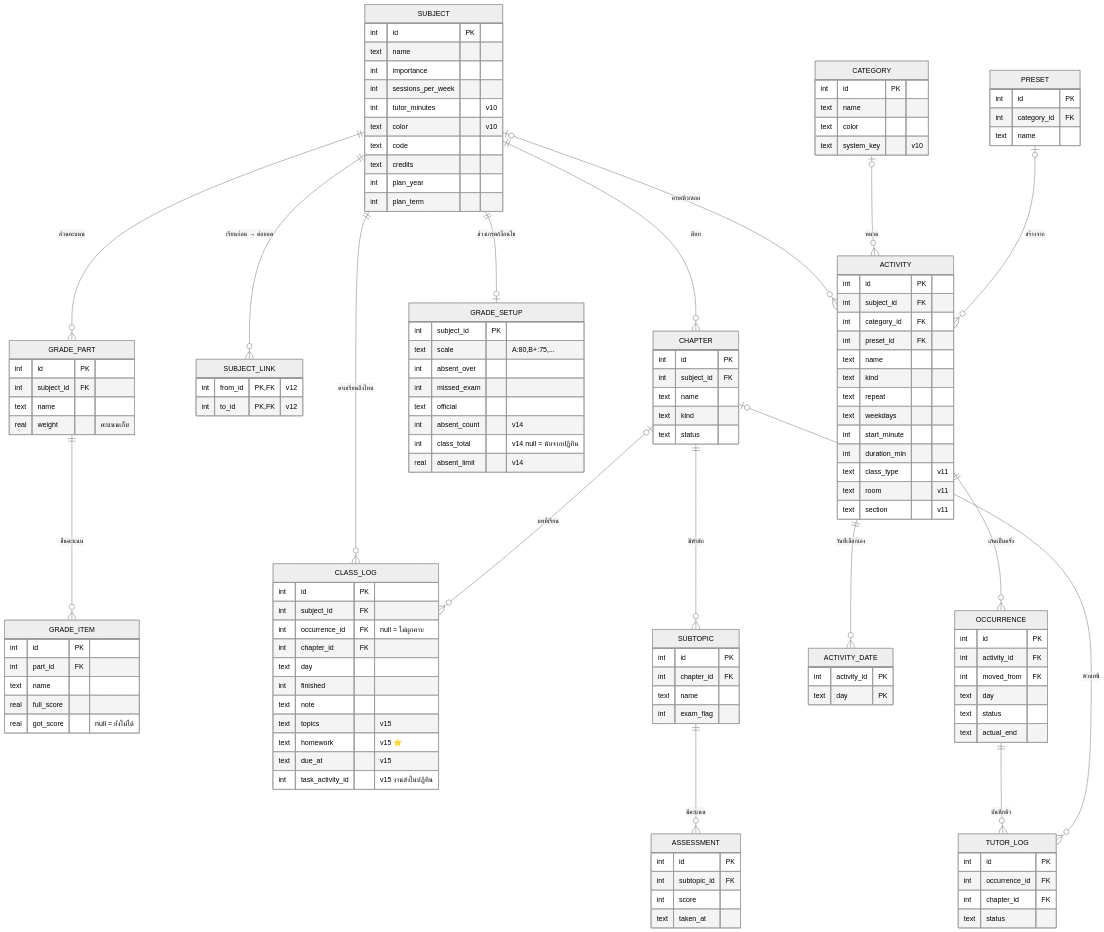
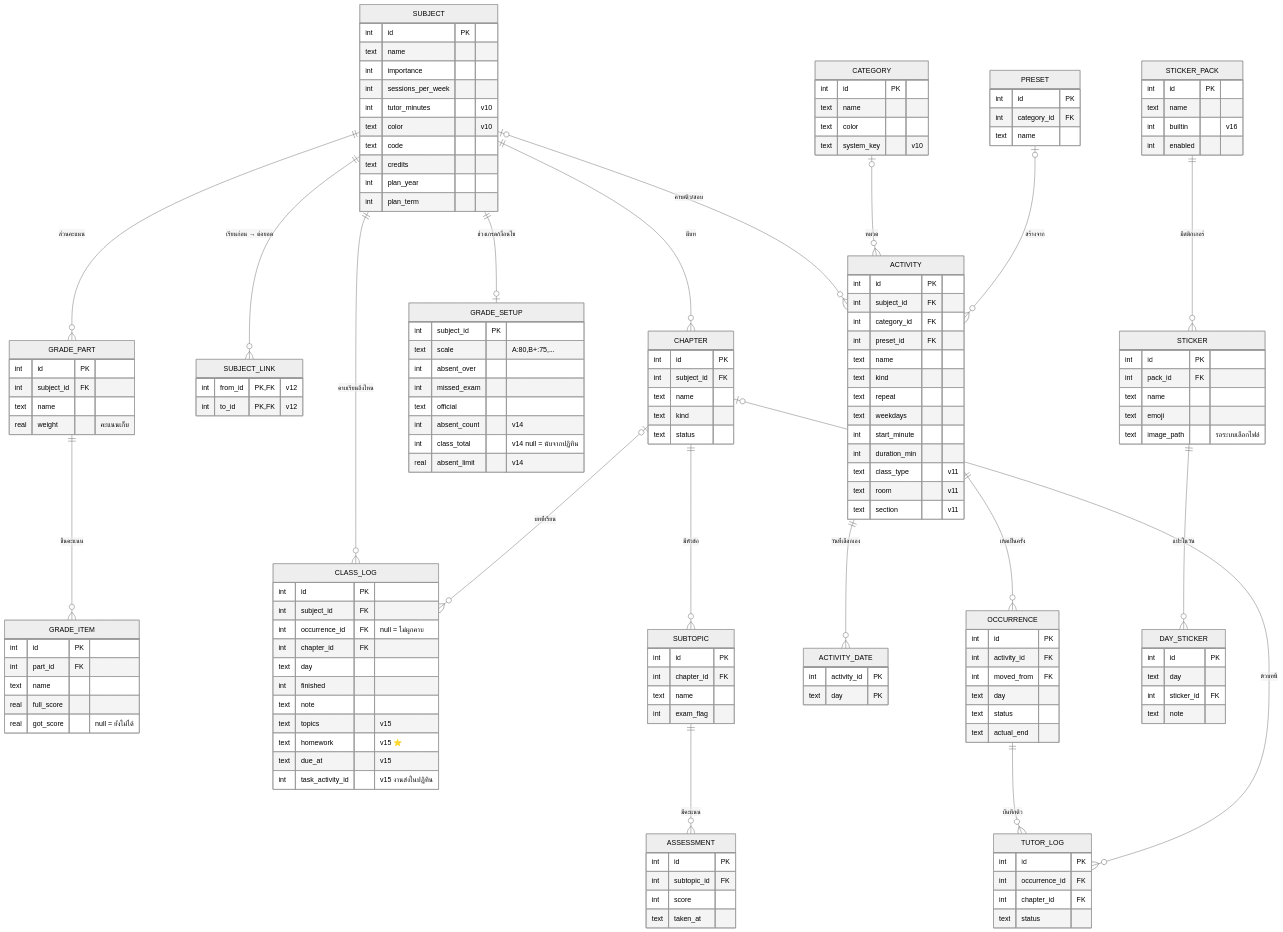
One commit to Blue-sky213/Manager-App changed the diagram in docs/diagrams/er.mmd. Above: the diagram before and after it, drawn with Mermaid (neutral theme). The commit also changed 12 other files, not shown here.

First line of the commit message:
Mood stickers with packs and single custom stickers (schema v16)

```diff
--- a/docs/diagrams/er.mmd
+++ b/docs/diagrams/er.mmd
@@ -1,132 +1,153 @@
 erDiagram
   SUBJECT ||--o{ CHAPTER : "มีบท"
   SUBJECT ||--o{ SUBJECT_LINK : "เรียนก่อน → ต่อยอด"
   SUBJECT ||--o{ GRADE_PART : "ส่วนคะแนน"
   GRADE_PART ||--o{ GRADE_ITEM : "ชิ้นคะแนน"
   SUBJECT ||--o| GRADE_SETUP : "ช่วงเกรด/เงื่อนไข"
   SUBJECT ||--o{ CLASS_LOG : "คาบเรียนถึงไหน"
   CHAPTER |o--o{ CLASS_LOG : "บทที่เรียน"
   CHAPTER ||--o{ SUBTOPIC : "มีหัวข้อ"
   SUBTOPIC ||--o{ ASSESSMENT : "มีคะแนน"
   SUBJECT |o--o{ ACTIVITY : "คาบ/ติว/สอบ"
   CATEGORY |o--o{ ACTIVITY : "หมวด"
   PRESET |o--o{ ACTIVITY : "สร้างจาก"
   ACTIVITY ||--o{ ACTIVITY_DATE : "วันที่เลือกเอง"
   ACTIVITY ||--o{ OCCURRENCE : "เกิดเป็นครั้ง"
   OCCURRENCE ||--o{ TUTOR_LOG : "บันทึกติว"
+  STICKER_PACK ||--o{ STICKER : "มีสติกเกอร์"
+  STICKER ||--o{ DAY_STICKER : "แปะในวัน"
   CHAPTER |o--o{ TUTOR_LOG : "ติวบทนี้"
   SUBJECT {
     int id PK
     text name
     int importance
     int sessions_per_week
     int tutor_minutes "v10"
     text color "v10"
     text code
     text credits
     int plan_year
     int plan_term
   }
   GRADE_PART {
     int id PK
     int subject_id FK
     text name
     real weight "คะแนนเก็บ"
   }
   GRADE_ITEM {
     int id PK
     int part_id FK
     text name
     real full_score
     real got_score "null = ยังไม่ได้"
   }
   GRADE_SETUP {
     int subject_id PK
     text scale "A:80,B+:75,..."
     int absent_over
     int missed_exam
     text official
     int absent_count "v14"
     int class_total "v14 null = นับจากปฏิทิน"
     real absent_limit "v14"
   }
   CLASS_LOG {
     int id PK
     int subject_id FK
     int occurrence_id FK "null = ไม่ผูกคาบ"
     int chapter_id FK
     text day
     int finished
     text note
     text topics "v15"
     text homework "v15 ⭐"
     text due_at "v15"
     int task_activity_id "v15 งานส่งในปฏิทิน"
   }
   SUBJECT_LINK {
     int from_id PK,FK "v12"
     int to_id PK,FK "v12"
   }
   CHAPTER {
     int id PK
     int subject_id FK
     text name
     text kind
     text status
   }
   SUBTOPIC {
     int id PK
     int chapter_id FK
     text name
     int exam_flag
   }
   ASSESSMENT {
     int id PK
     int subtopic_id FK
     int score
     text taken_at
   }
   CATEGORY {
     int id PK
     text name
     text color
     text system_key "v10"
   }
   PRESET {
     int id PK
     int category_id FK
     text name
   }
   ACTIVITY {
     int id PK
     int subject_id FK
     int category_id FK
     int preset_id FK
     text name
     text kind
     text repeat
     text weekdays
     int start_minute
     int duration_min
     text class_type "v11"
     text room "v11"
     text section "v11"
   }
   ACTIVITY_DATE {
     int activity_id PK
     text day PK
   }
   OCCURRENCE {
     int id PK
     int activity_id FK
     int moved_from FK
     text day
     text status
     text actual_end
   }
   TUTOR_LOG {
     int id PK
     int occurrence_id FK
     int chapter_id FK
     text status
   }
+  STICKER_PACK {
+    int id PK
+    text name
+    int builtin "v16"
+    int enabled
+  }
+  STICKER {
+    int id PK
+    int pack_id FK
+    text name
+    text emoji
+    text image_path "รอระบบเลือกไฟล์"
+  }
+  DAY_STICKER {
+    int id PK
+    text day
+    int sticker_id FK
+    text note
+  }
```
